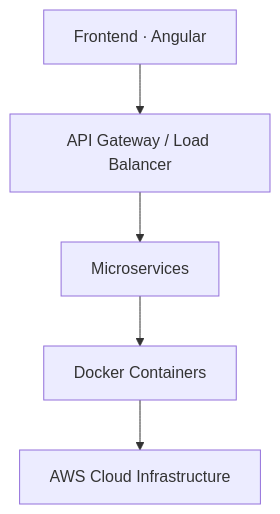
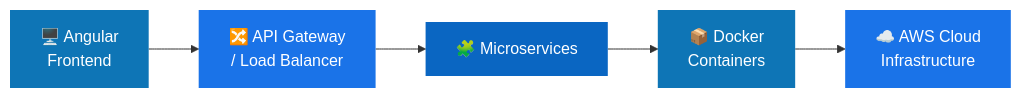
Before and after one commit to Sandaruwan2000/Sandaruwan2000: the diagram in README.md, drawn with Mermaid. The commit also changed other lines of this file, not shown here.

````diff
--- a/README.md
+++ b/README.md
@@ -111,7 +173,12 @@
 ```mermaid
-flowchart TD
-    A[Frontend · Angular] --> B[API Gateway / Load Balancer]
-    B --> C[Microservices]
-    C --> D[Docker Containers]
-    D --> E[AWS Cloud Infrastructure]
+flowchart LR
+    A["🖥️ Angular<br/>Frontend"] --> B["🔀 API Gateway<br/>/ Load Balancer"]
+    B --> C["🧩 Microservices"]
+    C --> D["📦 Docker<br/>Containers"]
+    D --> E["☁️ AWS Cloud<br/>Infrastructure"]
+    style A fill:#0E75B6,color:#fff,stroke:none
+    style B fill:#1a73e8,color:#fff,stroke:none
+    style C fill:#0A66C2,color:#fff,stroke:none
+    style D fill:#0E75B6,color:#fff,stroke:none
+    style E fill:#1a73e8,color:#fff,stroke:none
 ```
````
